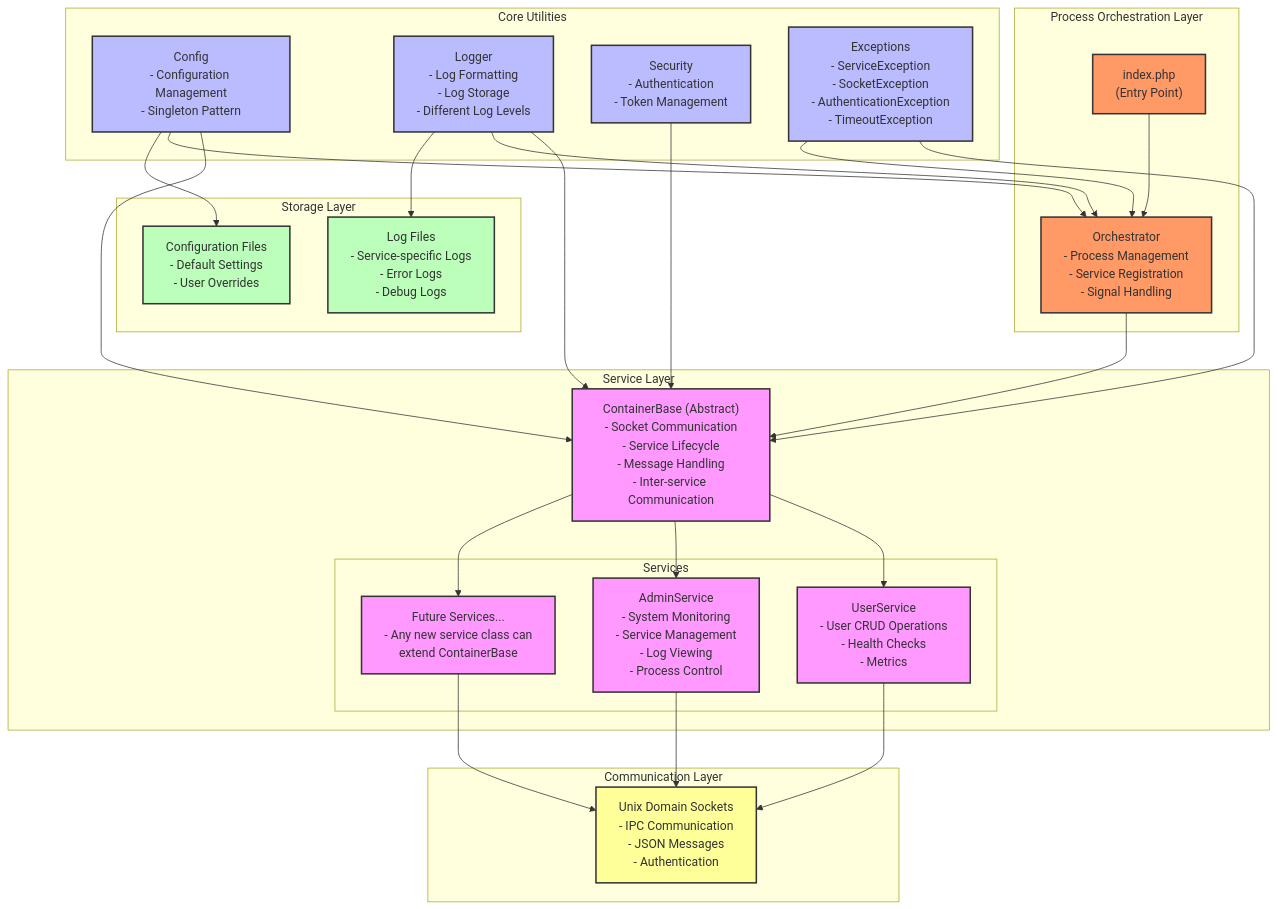
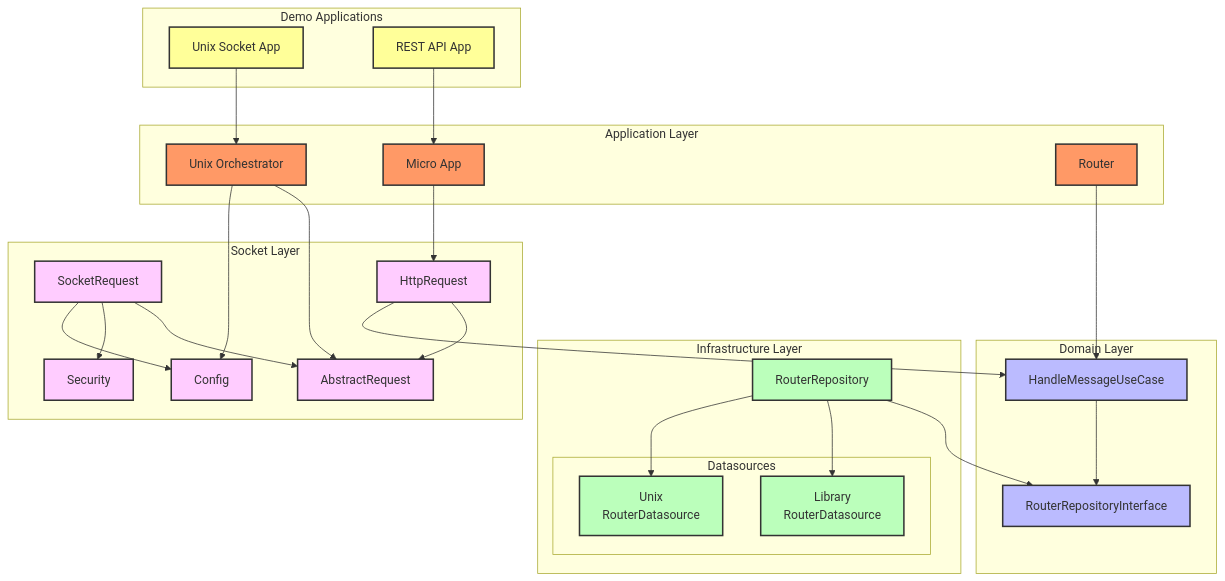
The first of 4 diagrams in README.md (zekiunal/unix), drawn with Mermaid before and after one commit. The commit also changed other lines of this file, not shown here.

````diff
--- a/README.md
+++ b/README.md
@@ -331,75 +39,69 @@
 ```mermaid
 graph TB
-    %% Main Components
-    subgraph process_layer["Process Orchestration Layer"]
-        main["index.php\n(Entry Point)"]
-        orchestrator["Orchestrator\n- Process Management\n- Service Registration\n- Signal Handling"]
+    subgraph "Application Layer"
+        Unix["Unix Orchestrator"]
+        Micro["Micro App"]
+        Router["Router"]
     end
     
-    subgraph core_utils["Core Utilities"]
-        config["Config\n- Configuration Management\n- Singleton Pattern"]
-        logger["Logger\n- Log Formatting\n- Log Storage\n- Different Log Levels"]
-        security["Security\n- Authentication\n- Token Management"]
-        exceptions["Exceptions\n- ServiceException\n- SocketException\n- AuthenticationException\n- TimeoutException"]
+    subgraph "Domain Layer"
+        UseCase["HandleMessageUseCase"]
+        Repository["RouterRepositoryInterface"]
     end
     
-    subgraph service_layer["Service Layer"]
-        container["ContainerBase (Abstract)\n- Socket Communication\n- Service Lifecycle\n- Message Handling\n- Inter-service Communication"]
-        
-        subgraph services["Services"]
-            user_service["UserService\n- User CRUD Operations\n- Health Checks\n- Metrics"]
-            admin_service["AdminService\n- System Monitoring\n- Service Management\n- Log Viewing\n- Process Control"]
-            future_services["Future Services...\n- Any new service class can\n extend ContainerBase"]
+    subgraph "Infrastructure Layer"
+        RouterRepo["RouterRepository"]
+        subgraph "Datasources"
+            LibDatasource["Library\nRouterDatasource"]
+            UnixDatasource["Unix\nRouterDatasource"]
         end
     end
     
-    subgraph comm_layer["Communication Layer"]
-        sockets["Unix Domain Sockets\n- IPC Communication\n- JSON Messages\n- Authentication"]
+    subgraph "Socket Layer"
+        AbstractRequest["AbstractRequest"]
+        SocketRequest["SocketRequest"]
+        HttpRequest["HttpRequest"]
+        Security["Security"]
+        Config["Config"]
     end
     
-    subgraph storage_layer["Storage Layer"]
-        logs["Log Files\n- Service-specific Logs\n- Error Logs\n- Debug Logs"]
-        config_file["Configuration Files\n- Default Settings\n- User Overrides"]
+    subgraph "Demo Applications"
+        UnixApp["Unix Socket App"]
+        RestApp["REST API App"]
     end
     
-    %% Relationships (High Level)
-    main --> orchestrator
-    orchestrator --> container
+    %% Connections
+    Unix --> AbstractRequest
+    Unix --> Config
+    Micro --> HttpRequest
     
-    container --> user_service
-    container --> admin_service
-    container --> future_services
+    UnixApp --> Unix
+    RestApp --> Micro
     
-    %% Core utilities relationships
-    config --> container
-    logger --> container
-    security --> container
-    exceptions --> container
+    SocketRequest --> AbstractRequest
+    HttpRequest --> AbstractRequest
     
-    config --> orchestrator
-    logger --> orchestrator
-    exceptions --> orchestrator
+    UseCase --> Repository
+    RouterRepo --> Repository
+    RouterRepo --> LibDatasource
+    RouterRepo --> UnixDatasource
     
-    %% Communication relationships
-    user_service --> sockets
-    admin_service --> sockets
-    future_services --> sockets
+    SocketRequest --> Security
+    SocketRequest --> Config
+    HttpRequest --> UseCase
     
-    %% Storage relationships
-    logger --> logs
-    config --> config_file
+    Router --> UseCase
     
-    %% Style
-    classDef main fill:#f96,stroke:#333,stroke-width:2px
-    classDef service fill:#f9f,stroke:#333,stroke-width:2px
-    classDef core fill:#bbf,stroke:#333,stroke-width:2px
-    classDef storage fill:#bfb,stroke:#333,stroke-width:2px
-    classDef communication fill:#ff9,stroke:#333,stroke-width:2px
+    %% Styles
+    classDef core fill:#f96,stroke:#333,stroke-width:2px;
+    classDef domain fill:#bbf,stroke:#333,stroke-width:2px;
+    classDef infra fill:#bfb,stroke:#333,stroke-width:2px;
+    classDef socket fill:#fcf,stroke:#333,stroke-width:2px;
+    classDef app fill:#ff9,stroke:#333,stroke-width:2px;
     
-    class main,orchestrator main
-    class container,user_service,admin_service,future_services service
-    class config,logger,security,exceptions core
-    class logs,config_file storage
-    class sockets communication
-
+    class Unix,Micro,Router core;
+    class UseCase,Repository domain;
+    class RouterRepo,LibDatasource,UnixDatasource infra;
+    class AbstractRequest,SocketRequest,HttpRequest,Security,Config socket;
+    class UnixApp,RestApp app;
 ```
````
